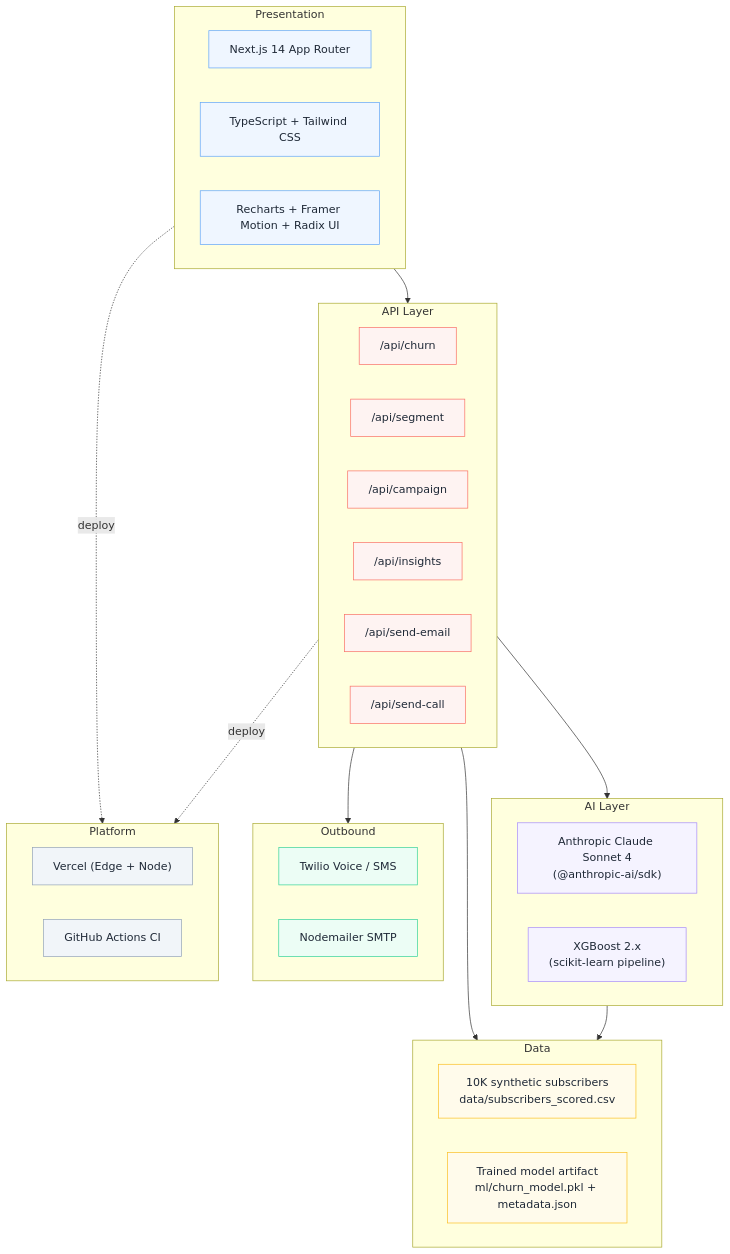
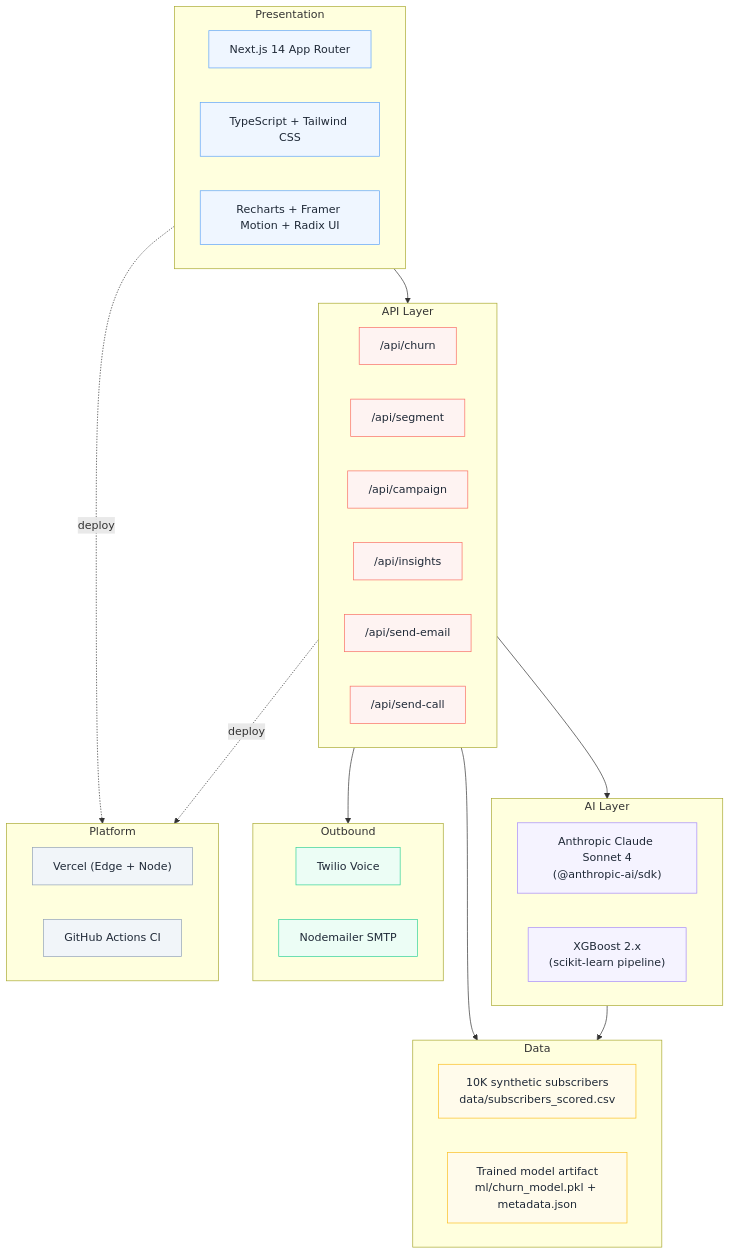
One commit to mn3265-commits/telcopulse-ai changed the diagram in docs/diagrams/tech_stack.mmd. Above: the diagram before and after it, drawn with Mermaid. The commit also changed 5 other files, not shown here.

First line of the commit message:
Cross-check fixes: align README, deployment guide, and diagrams with the actual codebase

```diff
--- a/docs/diagrams/tech_stack.mmd
+++ b/docs/diagrams/tech_stack.mmd
@@ -1,57 +1,57 @@
 flowchart TB
     subgraph L1["Presentation"]
         FE1["Next.js 14 App Router"]
         FE2["TypeScript + Tailwind CSS"]
         FE3["Recharts + Framer Motion + Radix UI"]
     end
 
     subgraph L2["API Layer"]
         API1["/api/churn"]
         API2["/api/segment"]
         API3["/api/campaign"]
         API4["/api/insights"]
         API5["/api/send-email"]
         API6["/api/send-call"]
     end
 
     subgraph L3["AI Layer"]
         AI1["Anthropic Claude Sonnet 4<br/>(@anthropic-ai/sdk)"]
         ML1["XGBoost 2.x<br/>(scikit-learn pipeline)"]
     end
 
     subgraph L4["Data"]
         D1["10K synthetic subscribers<br/>data/subscribers_scored.csv"]
         D2["Trained model artifact<br/>ml/churn_model.pkl + metadata.json"]
     end
 
     subgraph L5["Outbound"]
-        OB1["Twilio Voice / SMS"]
+        OB1["Twilio Voice"]
         OB2["Nodemailer SMTP"]
     end
 
     subgraph L6["Platform"]
         P1["Vercel (Edge + Node)"]
         P2["GitHub Actions CI"]
     end
 
     L1 --> L2
     L2 --> L3
     L2 --> L4
     L2 --> L5
     L3 --> L4
     L1 -.deploy.-> L6
     L2 -.deploy.-> L6
 
     classDef pres fill:#EFF6FF,stroke:#60A5FA,stroke-width:1px,color:#1F2937
     classDef api fill:#FEF3F2,stroke:#F97066,stroke-width:1px,color:#1F2937
     classDef ai fill:#F5F3FF,stroke:#A78BFA,stroke-width:1px,color:#1F2937
     classDef data fill:#FFFBEB,stroke:#FBBF24,stroke-width:1px,color:#1F2937
     classDef out fill:#ECFDF5,stroke:#34D399,stroke-width:1px,color:#1F2937
     classDef plat fill:#F1F5F9,stroke:#94A3B8,stroke-width:1px,color:#1F2937
 
     class FE1,FE2,FE3 pres
     class API1,API2,API3,API4,API5,API6 api
     class AI1,ML1 ai
     class D1,D2 data
     class OB1,OB2 out
     class P1,P2 plat
```
